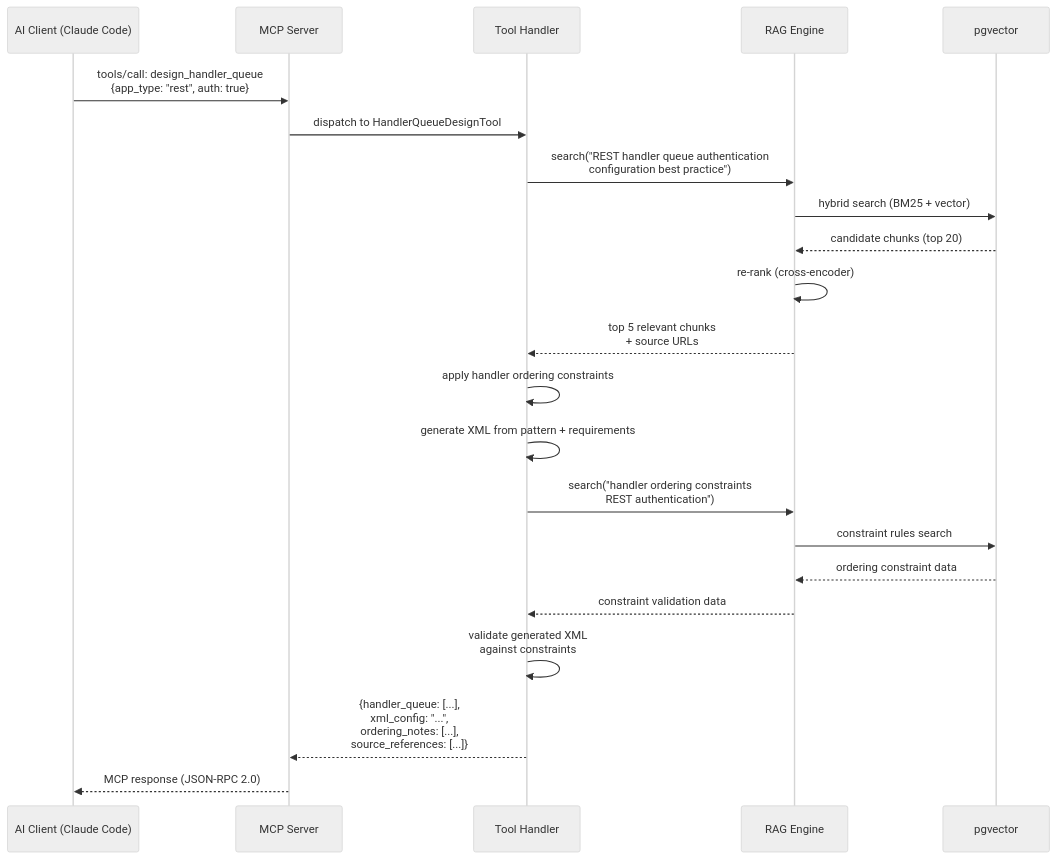
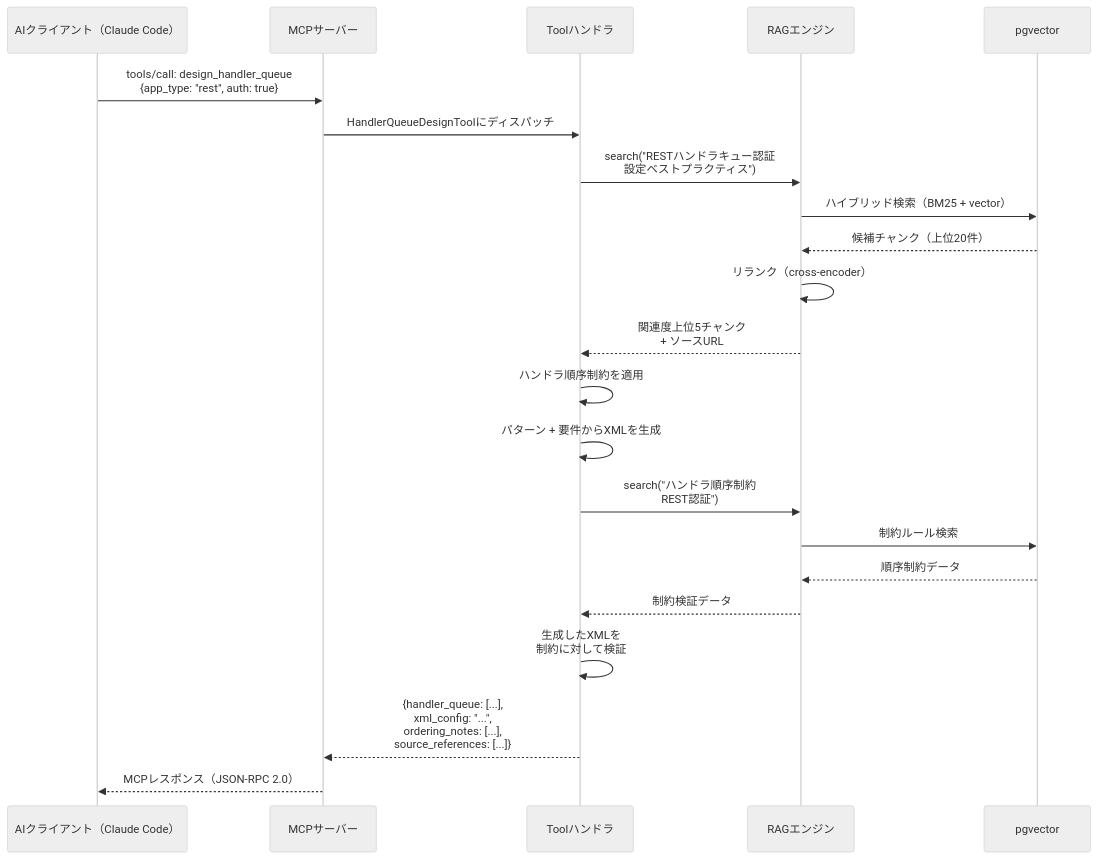
Before and after one commit to kumagoro1202/nablarch-mcp-server: the first of 2 diagrams in docs/architecture.md, drawn with Mermaid (neutral theme). The commit also changed other lines of this file and 3 other files, not shown here.

````diff
--- a/docs/architecture.md
+++ b/docs/architecture.md
@@ -752,31 +755,31 @@
 ```mermaid
 sequenceDiagram
-    participant Client as AI Client (Claude Code)
-    participant MCP as MCP Server
-    participant Tool as Tool Handler
-    participant RAG as RAG Engine
+    participant Client as AIクライアント（Claude Code）
+    participant MCP as MCPサーバー
+    participant Tool as Toolハンドラ
+    participant RAG as RAGエンジン
     participant VDB as pgvector
 
     Client->>MCP: tools/call: design_handler_queue<br/>{app_type: "rest", auth: true}
 
-    MCP->>Tool: dispatch to HandlerQueueDesignTool
+    MCP->>Tool: HandlerQueueDesignToolにディスパッチ
 
-    Tool->>RAG: search("REST handler queue authentication<br/>configuration best practice")
-    RAG->>VDB: hybrid search (BM25 + vector)
-    VDB-->>RAG: candidate chunks (top 20)
-    RAG->>RAG: re-rank (cross-encoder)
-    RAG-->>Tool: top 5 relevant chunks<br/>+ source URLs
+    Tool->>RAG: search("RESTハンドラキュー認証<br/>設定ベストプラクティス")
+    RAG->>VDB: ハイブリッド検索（BM25 + vector）
+    VDB-->>RAG: 候補チャンク（上位20件）
+    RAG->>RAG: リランク（cross-encoder）
+    RAG-->>Tool: 関連度上位5チャンク<br/>+ ソースURL
 
-    Tool->>Tool: apply handler ordering constraints
-    Tool->>Tool: generate XML from pattern + requirements
-    Tool->>RAG: search("handler ordering constraints<br/>REST authentication")
-    RAG->>VDB: constraint rules search
-    VDB-->>RAG: ordering constraint data
-    RAG-->>Tool: constraint validation data
+    Tool->>Tool: ハンドラ順序制約を適用
+    Tool->>Tool: パターン + 要件からXMLを生成
+    Tool->>RAG: search("ハンドラ順序制約<br/>REST認証")
+    RAG->>VDB: 制約ルール検索
+    VDB-->>RAG: 順序制約データ
+    RAG-->>Tool: 制約検証データ
 
-    Tool->>Tool: validate generated XML<br/>against constraints
+    Tool->>Tool: 生成したXMLを<br/>制約に対して検証
 
     Tool-->>MCP: {handler_queue: [...],<br/>xml_config: "...",<br/>ordering_notes: [...],<br/>source_references: [...]}
 
-    MCP-->>Client: MCP response (JSON-RPC 2.0)
+    MCP-->>Client: MCPレスポンス（JSON-RPC 2.0）
 ```
````
